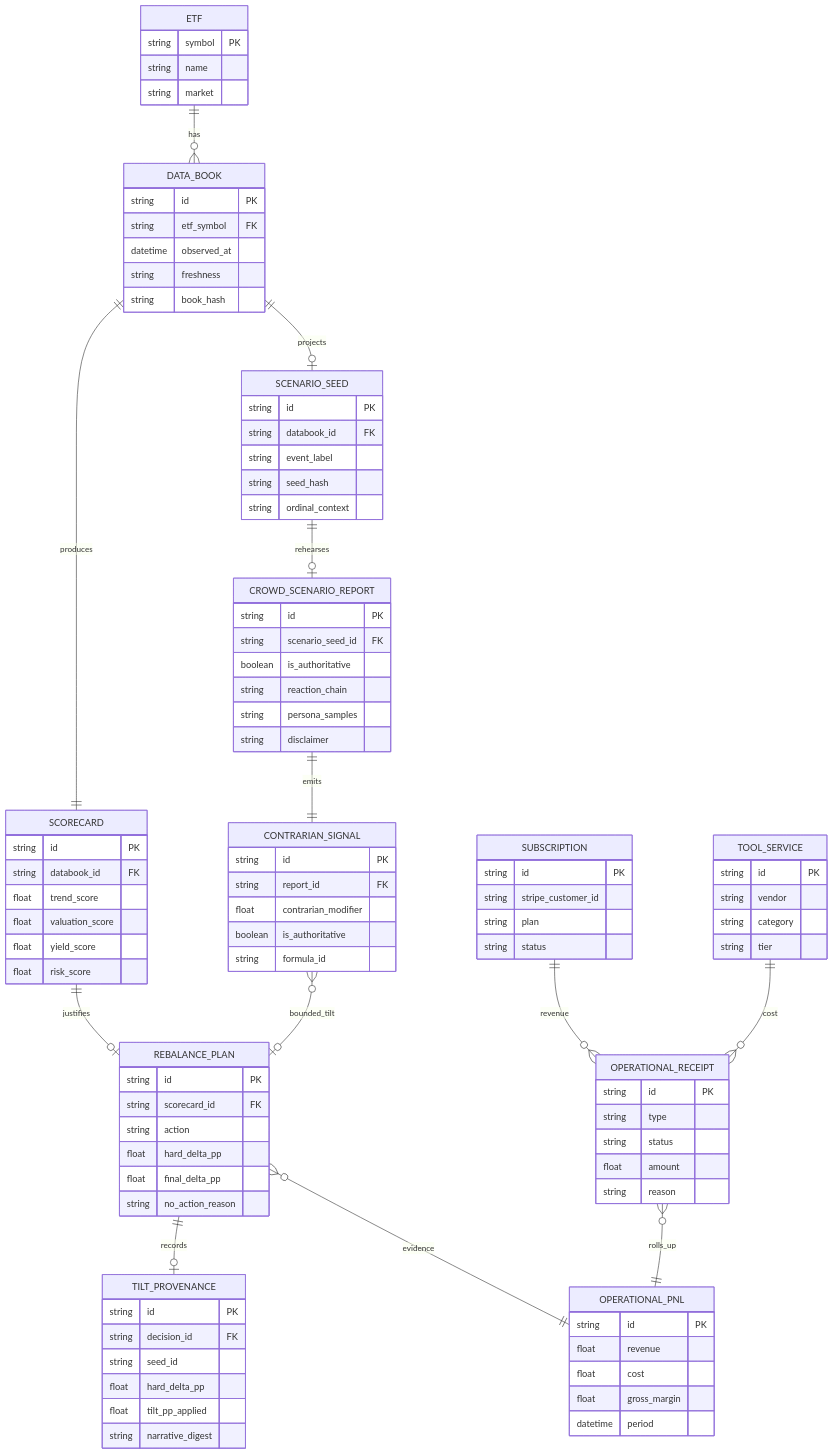
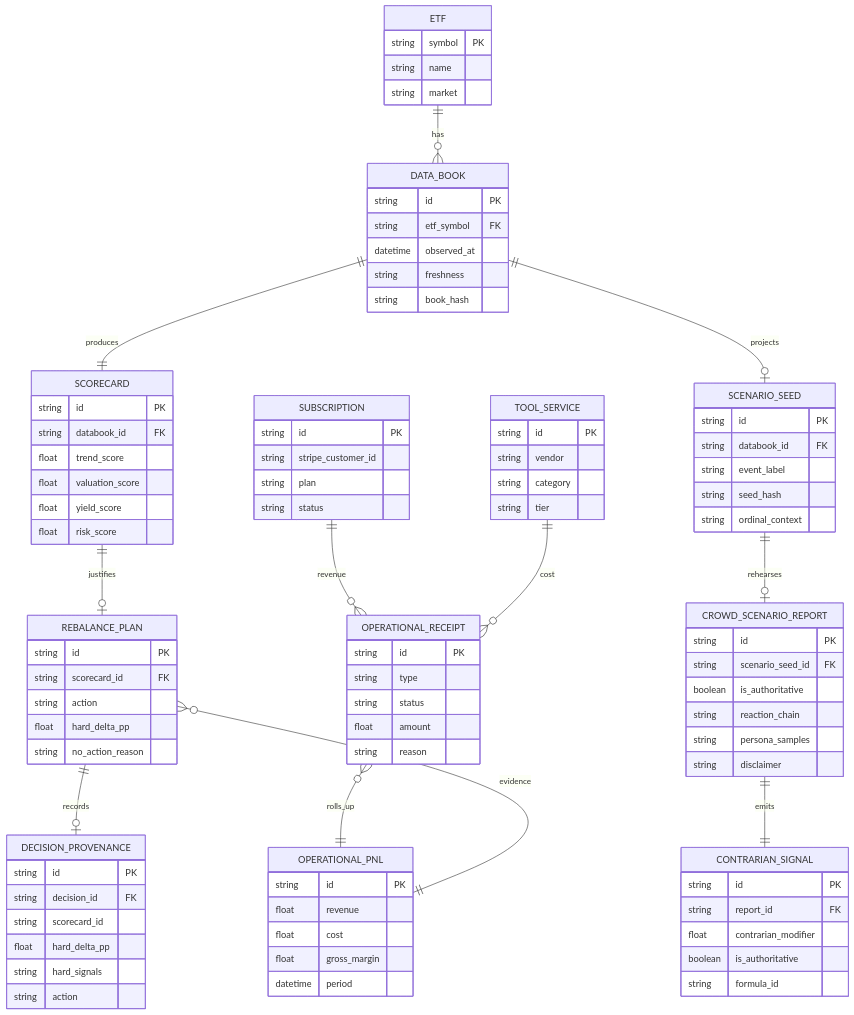
One commit to Silavater/stack_fund_agent changed the sixth of 10 diagrams in doc/StackFund_架構分析_Mermaid.md. Above: the diagram before and after it, drawn with Mermaid. The commit also changed other lines of this file and 1 other file, not shown here.

First line of the commit message:
Adopt FACE narrative-only sidecar (v3.1): crowd layer no longer writes back to L4

```diff
--- a/doc/StackFund_架構分析_Mermaid.md
+++ b/doc/StackFund_架構分析_Mermaid.md
@@ -291,8 +279,7 @@
     SCENARIO_SEED ||--o| CROWD_SCENARIO_REPORT : rehearses
     CROWD_SCENARIO_REPORT ||--|| CONTRARIAN_SIGNAL : emits
     SCORECARD ||--o| REBALANCE_PLAN : justifies
-    CONTRARIAN_SIGNAL }o--o| REBALANCE_PLAN : bounded_tilt
-    REBALANCE_PLAN ||--o| TILT_PROVENANCE : records
+    REBALANCE_PLAN ||--o| DECISION_PROVENANCE : records
     SUBSCRIPTION ||--o{ OPERATIONAL_RECEIPT : revenue
     TOOL_SERVICE ||--o{ OPERATIONAL_RECEIPT : cost
     OPERATIONAL_RECEIPT }o--|| OPERATIONAL_PNL : rolls_up
@@ -351,17 +338,16 @@
         string scorecard_id FK
         string action
         float hard_delta_pp
-        float final_delta_pp
         string no_action_reason
     }
 
-    TILT_PROVENANCE {
+    DECISION_PROVENANCE {
         string id PK
         string decision_id FK
-        string seed_id
+        string scorecard_id
         float hard_delta_pp
-        float tilt_pp_applied
-        string narrative_digest
+        string hard_signals
+        string action
     }
 
     SUBSCRIPTION {
```
